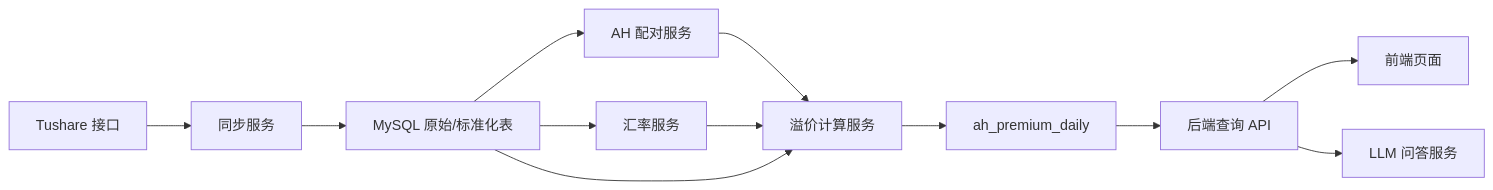
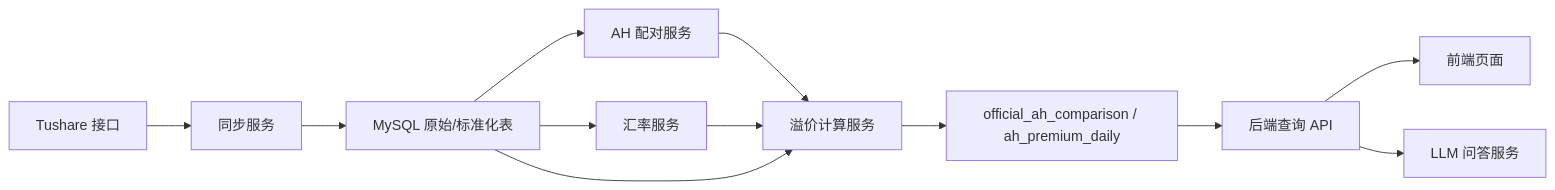
Before and after one commit to WinSalty/stock-ah-premium-ai: the diagram in resources/doc/phase-1-detailed-development-plan.md, drawn with Mermaid. The commit also changed other lines of this file and 3 other files, not shown here.

````diff
--- a/resources/doc/phase-1-detailed-development-plan.md
+++ b/resources/doc/phase-1-detailed-development-plan.md
@@ -400,14 +444,14 @@
 ```mermaid
 flowchart LR
   A["Tushare 接口"] --> B["同步服务"]
   B --> C["MySQL 原始/标准化表"]
   C --> D["AH 配对服务"]
   C --> E["汇率服务"]
   D --> F["溢价计算服务"]
   E --> F
   C --> F
-  F --> G["ah_premium_daily"]
+  F --> G["official_ah_comparison / ah_premium_daily"]
   G --> H["后端查询 API"]
   H --> I["前端页面"]
   H --> J["LLM 问答服务"]
 ```
````
